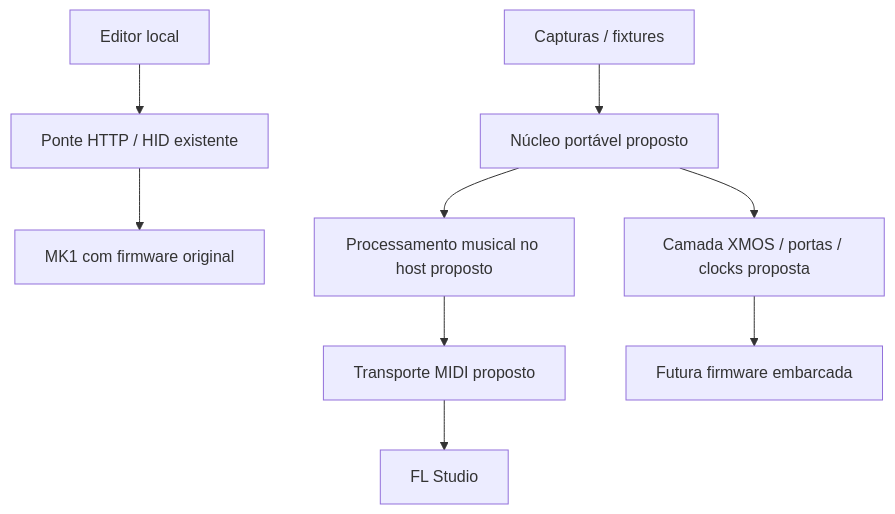
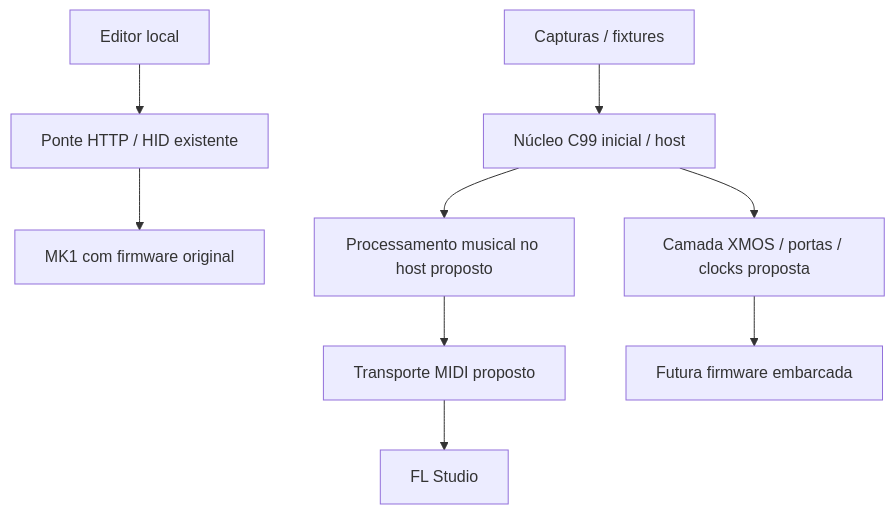
Before and after one commit to balancerec/MASCHINE-MIKRO--MK1--MOD: the diagram in docs/ARQUITETURA-PROPOSTA.md, drawn with Mermaid. The commit also changed other lines of this file and 17 other files, not shown here.

````diff
--- a/docs/ARQUITETURA-PROPOSTA.md
+++ b/docs/ARQUITETURA-PROPOSTA.md
@@ -3,11 +3,11 @@
 ```mermaid
 flowchart TD
   UI[Editor local] --> Bridge[Ponte HTTP / HID existente]
   Bridge --> USB[MK1 com firmware original]
-  Capture[Capturas / fixtures] --> Core[Núcleo portável proposto]
+  Capture[Capturas / fixtures] --> Core[Núcleo C99 inicial / host]
   Core --> Host[Processamento musical no host proposto]
   Host --> MIDI[Transporte MIDI proposto]
   MIDI --> FL[FL Studio]
   Core --> HAL[Camada XMOS / portas / clocks proposta]
   HAL --> Target[Futura firmware embarcada]
 ```
````
